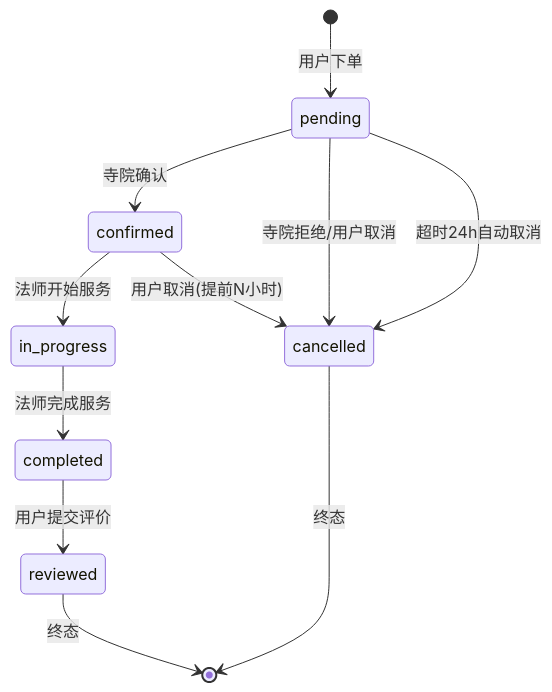
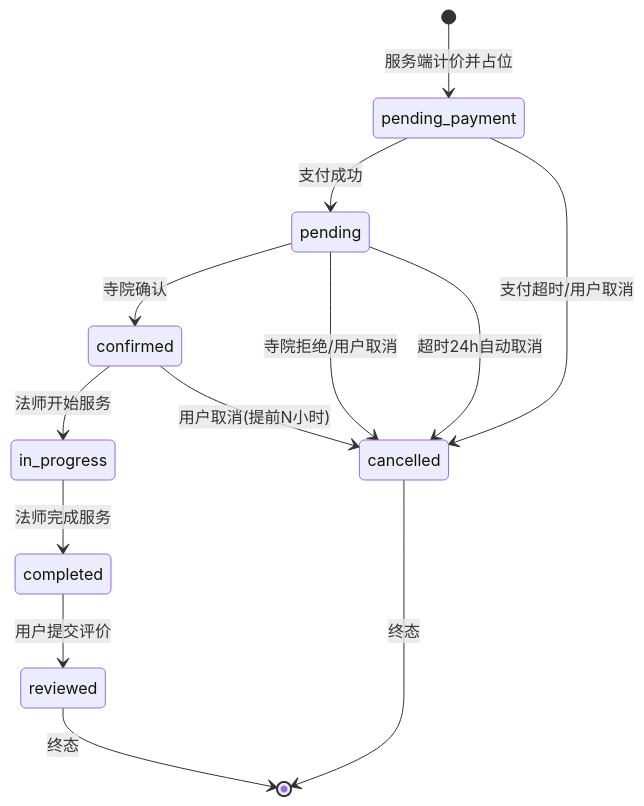
The first of 19 diagrams in docs/architecture/状态机.md (askxuan-dongfang/askxuan-docs), drawn with Mermaid before and after one commit. The commit also changed other lines of this file and 10 other files, not shown here.

````diff
--- a/docs/architecture/状态机.md
+++ b/docs/architecture/状态机.md
@@ -24,13 +25,15 @@
 ```mermaid
 stateDiagram-v2
-    [*] --> pending: 用户下单
+	[*] --> pending_payment: 服务端计价并占位
+	pending_payment --> pending: 支付成功
+	pending_payment --> cancelled: 支付超时/用户取消
     pending --> confirmed: 寺院确认
     pending --> cancelled: 寺院拒绝/用户取消
     pending --> cancelled: 超时24h自动取消
     confirmed --> in_progress: 法师开始服务
     confirmed --> cancelled: 用户取消(提前N小时)
     in_progress --> completed: 法师完成服务
     completed --> reviewed: 用户提交评价
     reviewed --> [*]: 终态
     cancelled --> [*]: 终态
 ```
````
